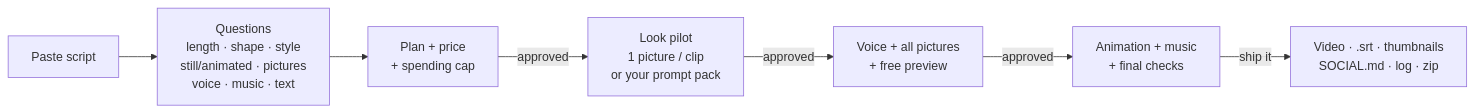
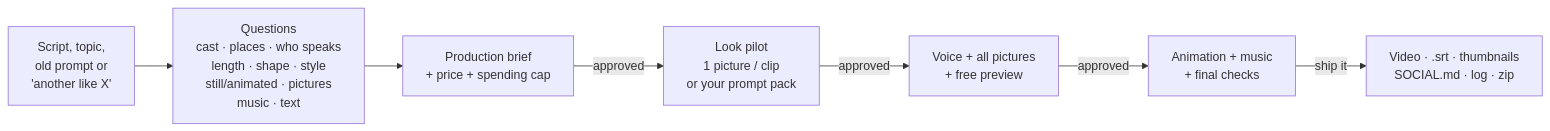
One commit to Topnotch1851/script-to-video changed the diagram in README.md. Above: the diagram before and after it, drawn with Mermaid. The commit also changed other lines of this file and 36 other files, not shown here.

````diff
--- a/README.md
+++ b/README.md
@@ -59,9 +66,9 @@
 ```mermaid
 flowchart LR
-  A[Paste script] --> B[Questions<br/>length · shape · style<br/>still/animated · pictures<br/>voice · music · text]
-  B --> C[Plan + price<br/>+ spending cap]
+  A[Script, topic,<br/>old prompt or<br/>'another like X'] --> B[Questions<br/>cast · places · who speaks<br/>length · shape · style<br/>still/animated · pictures<br/>music · text]
+  B --> C[Production brief<br/>+ price + spending cap]
   C -->|approved| D[Look pilot<br/>1 picture / clip<br/>or your prompt pack]
   D -->|approved| E[Voice + all pictures<br/>+ free preview]
   E -->|approved| F[Animation + music<br/>+ final checks]
   F -->|ship it| G[Video · .srt · thumbnails<br/>SOCIAL.md · log · zip]
 ```
````
